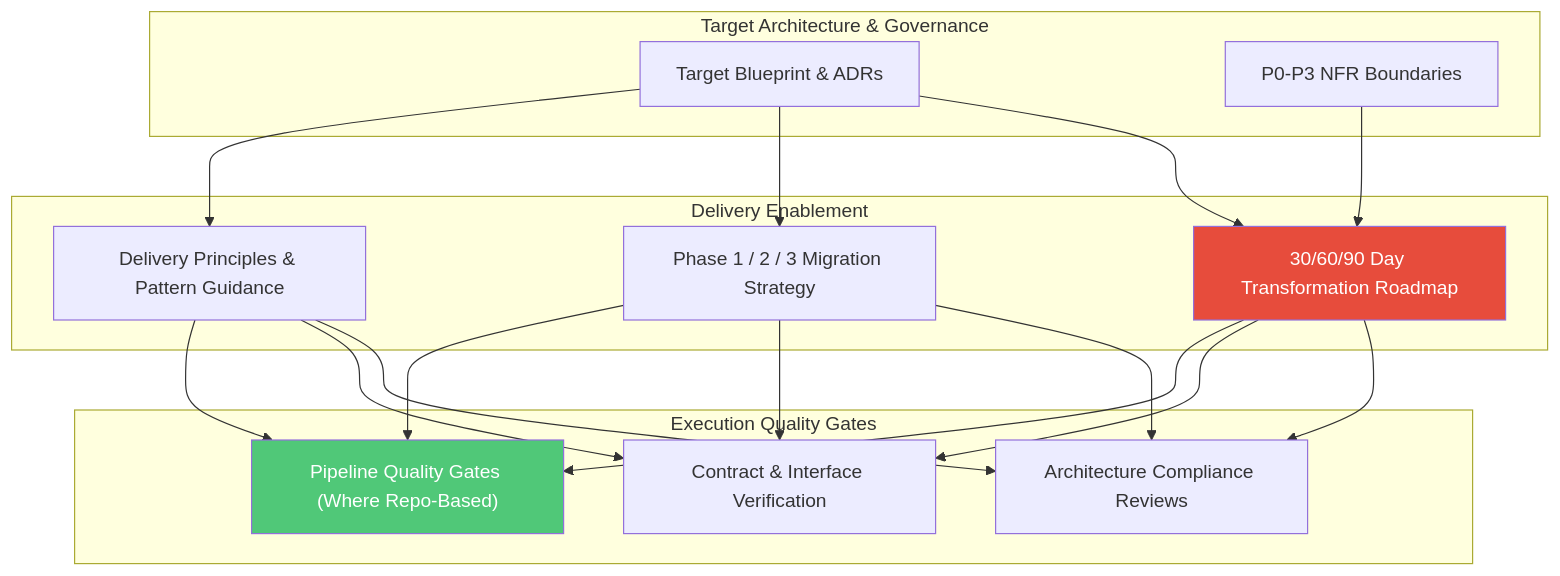
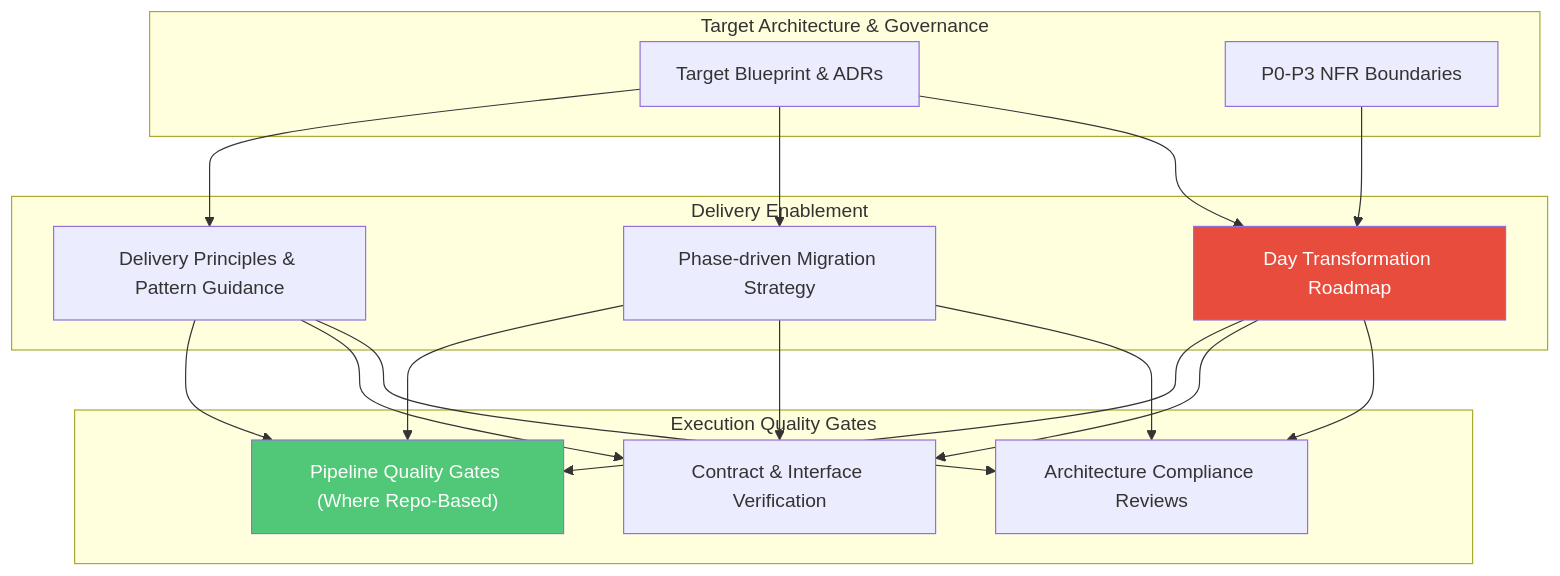
One commit to avfranco-br/portfolio changed the diagram in docs/sop/04-delivery-enablement.md. Above: the diagram before and after it, drawn with Mermaid. The commit also changed other lines of this file and 7 other files, not shown here.

````diff
--- a/docs/sop/04-delivery-enablement.md
+++ b/docs/sop/04-delivery-enablement.md
@@ -20,26 +20,26 @@
 ```mermaid
 graph TD
     subgraph "Target Architecture & Governance"
         S1["Target Blueprint & ADRs"]
         S2["P0-P3 NFR Boundaries"]
     end
 
     subgraph "Delivery Enablement"
-        D1["30/60/90 Day Transformation Roadmap"]
-        D2["Phase 1 / 2 / 3 Migration Strategy"]
+        D1["Day Transformation Roadmap"]
+        D2["Phase-driven Migration Strategy"]
         D3["Delivery Principles & Pattern Guidance"]
     end
 
     subgraph "Execution Quality Gates"
         V1["Architecture Compliance Reviews"]
         V2["Contract & Interface Verification"]
         V3["Pipeline Quality Gates (Where Repo-Based)"]
     end
 
     S1 --> D1 & D2 & D3
     S2 --> D1
     D1 & D2 & D3 --> V1 & V2 & V3
 
     style D1 fill:#E74C3C,color:#fff
     style V3 fill:#50C878,color:#fff
 ```
````
